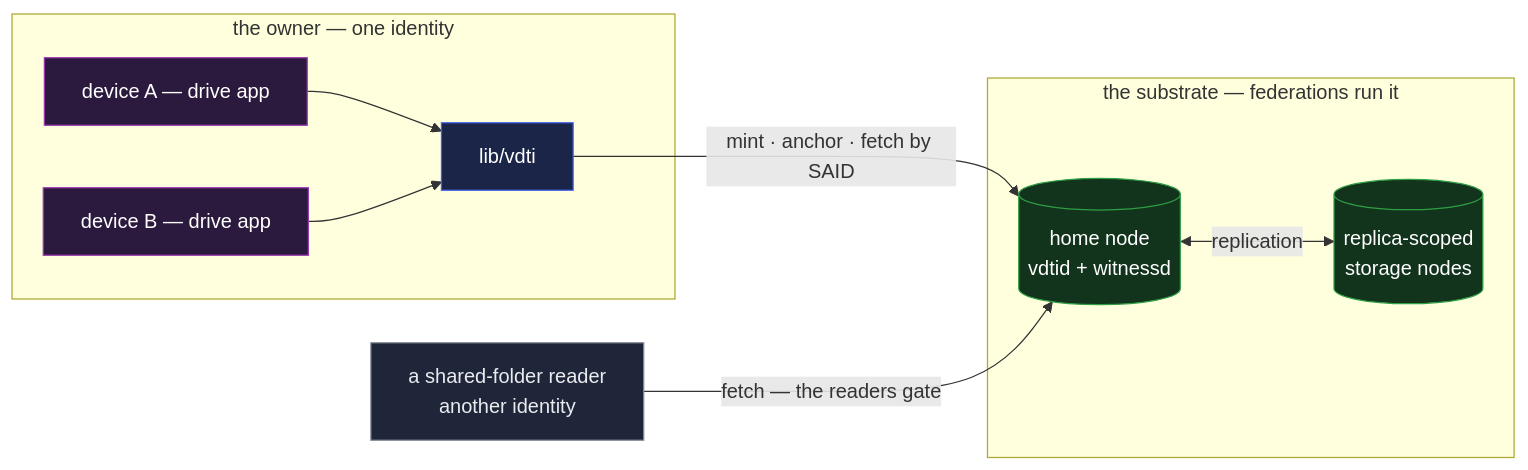
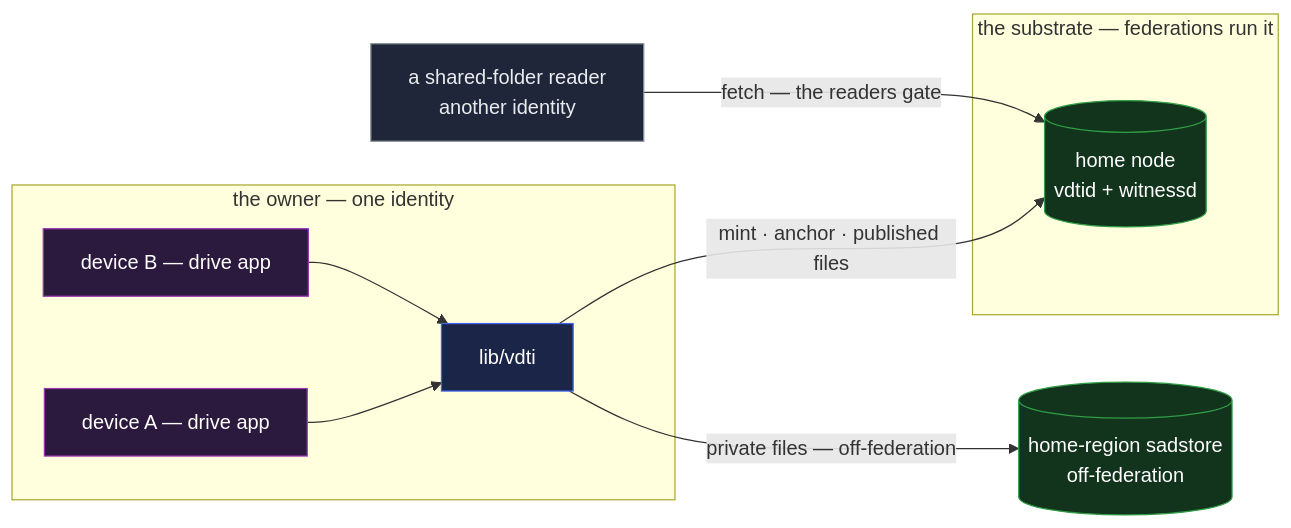
Before and after one commit to jasoncolburne/vdti: the diagram in docs/design/example-applications/drive.md, drawn with Mermaid. The commit also changed other lines of this file and 19 other files, not shown here.

````diff
--- a/docs/design/example-applications/drive.md
+++ b/docs/design/example-applications/drive.md
@@ -15,22 +15,22 @@
 ```mermaid
 flowchart LR
   subgraph owner["the owner — one identity"]
     d1["device A — drive app"]:::app
     d2["device B — drive app"]:::app
     lib["lib/vdti"]:::lib
   end
   reader["a shared-folder reader<br/>another identity"]:::ext
   subgraph sub["the substrate — federations run it"]
     node[("home node<br/>vdtid + witnessd")]:::svc
-    rep[("replica-scoped<br/>storage nodes")]:::svc
   end
+  rep[("home-region sadstore<br/>off-federation")]:::svc
   d1 --> lib
   d2 --> lib
-  lib -->|"mint · anchor · fetch by SAID"| node
-  node <-->|replication| rep
+  lib -->|"mint · anchor · published files"| node
+  lib -->|"private files — off-federation"| rep
   reader -->|"fetch — the readers gate"| node
   classDef app fill:#2b1a3d,stroke:#9c36b5,color:#fff
   classDef lib fill:#1a2547,stroke:#4263eb,color:#fff
   classDef svc fill:#12331c,stroke:#2f9e44,color:#fff
   classDef ext fill:#20263a,stroke:#868e96,color:#e9ecef
 ```
````
